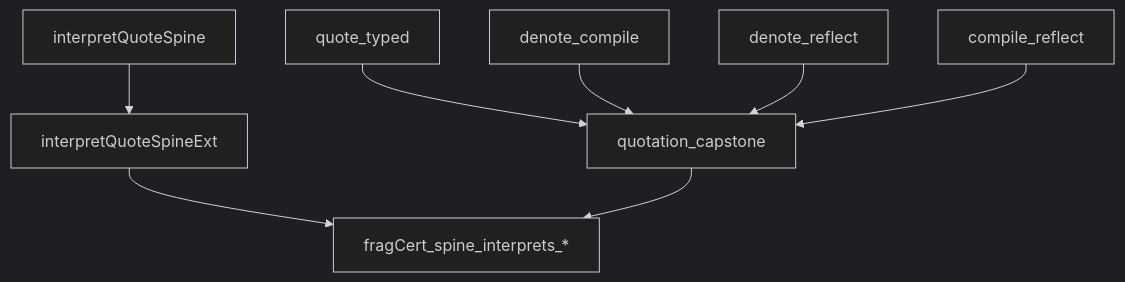
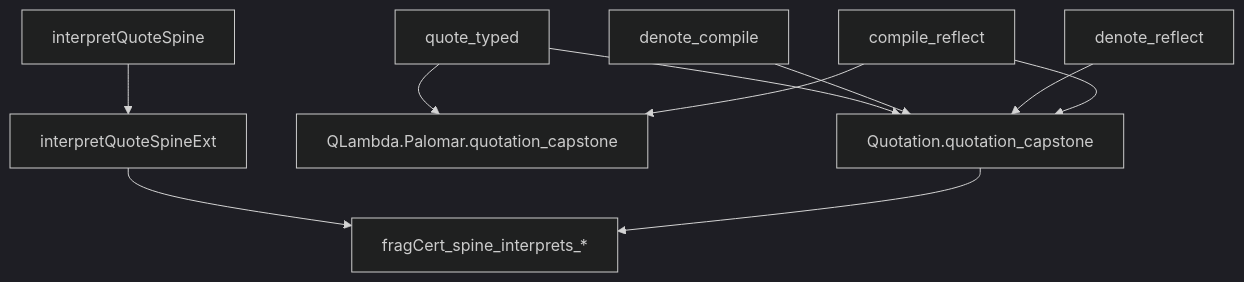
The seventh of 9 diagrams in arxiv.md (catskillsresearch/qlambda), drawn with Mermaid (dark theme) before and after one commit. The commit also changed other lines of this file and 35 other files, not shown here.

````diff
--- a/arxiv.md
+++ b/arxiv.md
@@ -775,19 +783,22 @@
 ```mermaid
 flowchart TD
   QT["quote_typed"]
   DC["denote_compile"]
   DR["denote_reflect"]
   CR["compile_reflect"]
-  Cap["quotation_capstone"]
+  Lib["Quotation.quotation_capstone"]
+  Pal["QLambda.Palomar.quotation_capstone"]
   Spine["interpretQuoteSpine"]
   Ext["interpretQuoteSpineExt"]
   Cover["fragCert_spine_interprets_*"]
 
-  QT --> Cap
-  DC --> Cap
-  DR --> Cap
-  CR --> Cap
+  QT --> Lib
+  DC --> Lib
+  DR --> Lib
+  CR --> Lib
+  QT --> Pal
+  CR --> Pal
   Spine --> Ext
   Ext --> Cover
-  Cap --> Cover
+  Lib --> Cover
 ```
````
